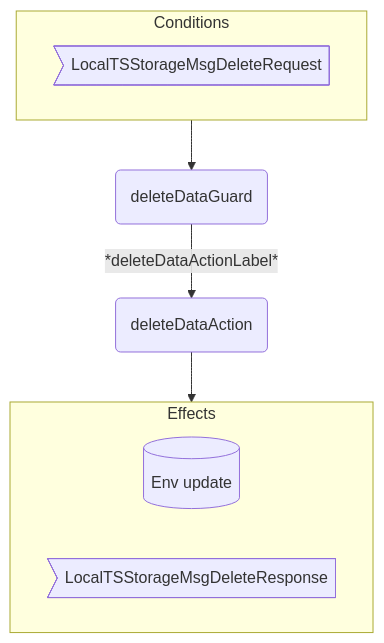
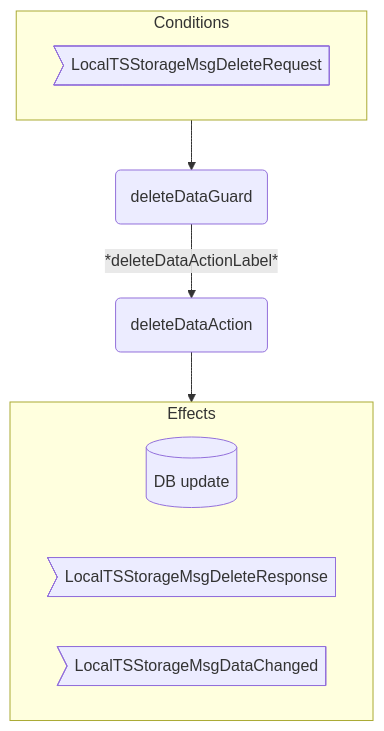
One commit to anoma/nspec changed the third of 3 diagrams in docs/arch/node/engines/local_time_series_storage_behaviour.juvix.md. Above: the diagram before and after it, drawn with Mermaid. The commit also changed other lines of this file and 2 other files, not shown here.

Commit message:
Redo time series env and beh

````diff
--- a/docs/arch/node/engines/local_time_series_storage_behaviour.juvix.md
+++ b/docs/arch/node/engines/local_time_series_storage_behaviour.juvix.md
@@ -555,16 +601,17 @@
 ```mermaid
 flowchart TD
   subgraph C[Conditions]
     CMsg>LocalTSStorageMsgDeleteRequest]
   end
 
   G(deleteDataGuard)
   A(deleteDataAction)
 
   C --> G -- *deleteDataActionLabel* --> A --> E
 
   subgraph E[Effects]
-    EEnv[(Env update)]
-    EMsg>LocalTSStorageMsgDeleteResponse]
+    EEnv[(DB update)]
+    EMsg1>LocalTSStorageMsgDeleteResponse]
+    EMsg2>LocalTSStorageMsgDataChanged]
   end
 ```
````
